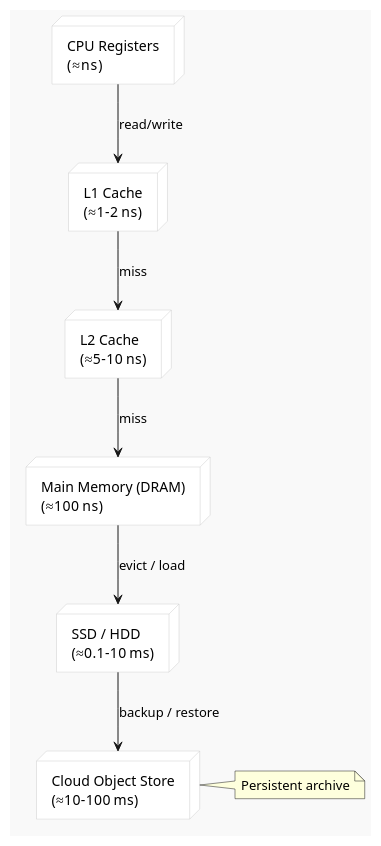
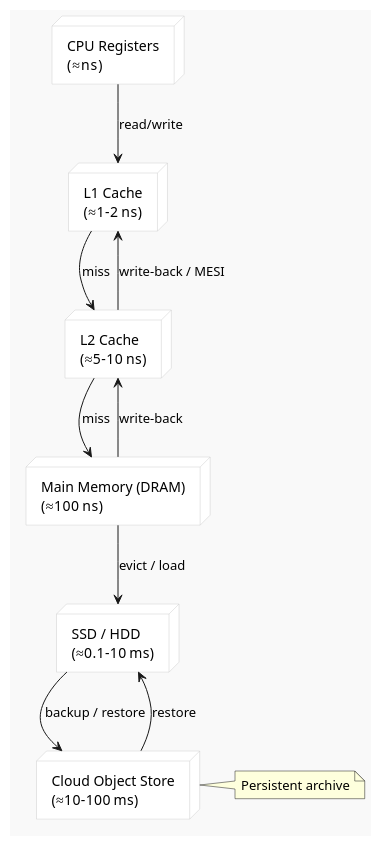
One commit to InquiryInstitute/AIPA changed the diagram in aipa/llm-elevated/ch07-lecture-07.adoc. Above: the diagram before and after it, drawn with PlantUML. The commit also changed other lines of this file and 128 other files, not shown here.

```diff
--- a/aipa/llm-elevated/ch07-lecture-07.adoc
+++ b/aipa/llm-elevated/ch07-lecture-07.adoc
@@ -44,27 +46,33 @@
 [plantuml, memory-hierarchy, png]
 ----
 @startuml
 skinparam backgroundColor #F9F9F9
 skinparam node {
   BackgroundColor #FFFFFF
   BorderColor #CCCCCC
 }
+top to bottom direction
+
 node "CPU Registers\n(≈ns)" as reg
 node "L1 Cache\n(≈1‑2 ns)" as l1
 node "L2 Cache\n(≈5‑10 ns)" as l2
 node "Main Memory (DRAM)\n(≈100 ns)" as ram
 node "SSD / HDD\n(≈0.1‑10 ms)" as storage
 node "Cloud Object Store\n(≈10‑100 ms)" as cloud
 
 reg --> l1 : read/write
 l1 --> l2 : miss
 l2 --> ram : miss
 ram --> storage : evict / load
 storage --> cloud : backup / restore
 
+' write‑back / coherence arrows
+l1 <-- l2 : write‑back / MESI
+l2 <-- ram : write‑back
+storage <-- cloud : restore
+
 note right of cloud
   Persistent archive
 end note
-
 @enduml
 ----
```
